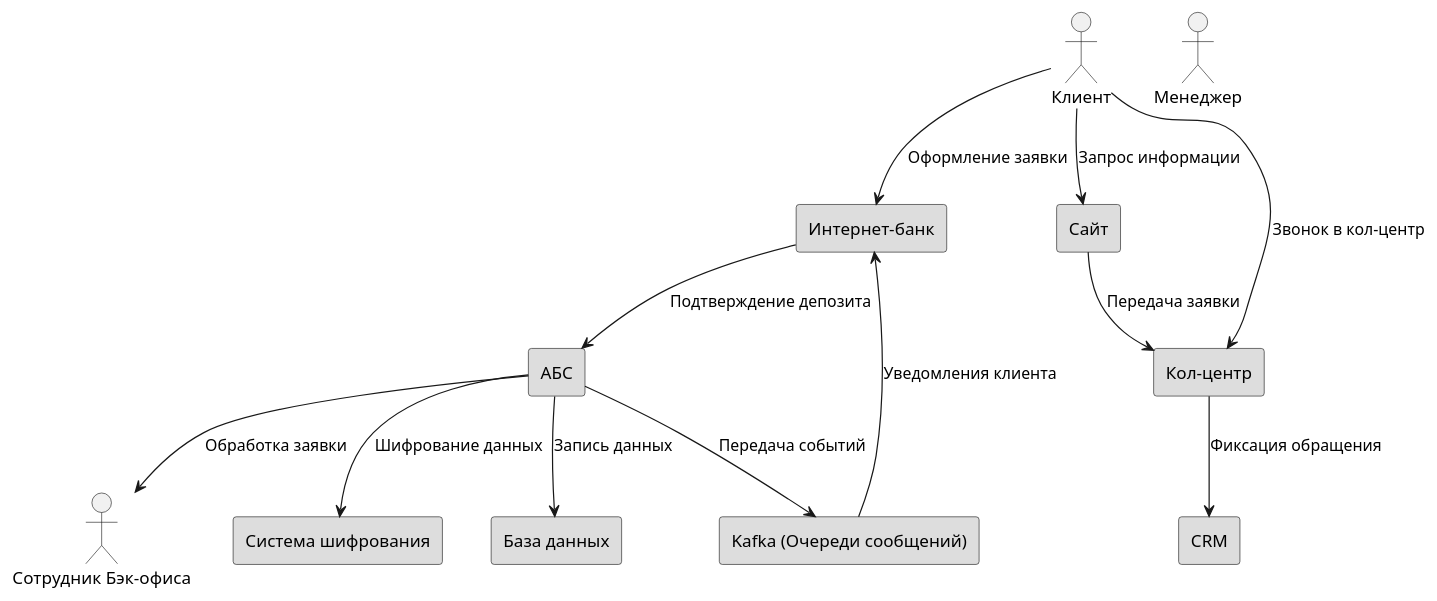
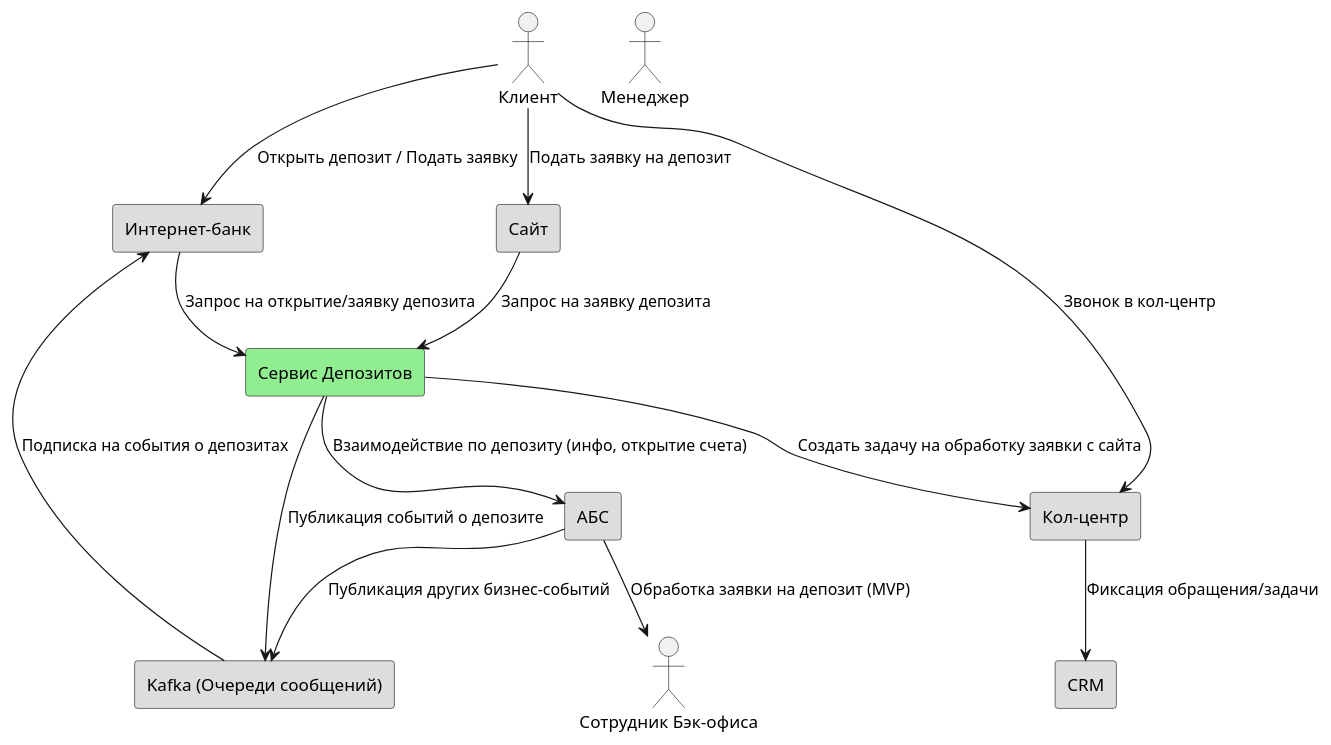
One commit to No1sonGit/architecture-standart changed the diagram in Exc3/с4.puml. Above: the diagram before and after it, drawn with PlantUML. The commit also changed 4 other files, not shown here.

```diff
--- a/Exc3/с4.puml
+++ b/Exc3/с4.puml
@@ -1,30 +1,32 @@
 @startuml
 
-actor Клиент
-actor Менеджер
+actor Клиент as Client
+actor Менеджер as Manager
 actor "Сотрудник Бэк-офиса" as BackOfficeEmployee
 
 rectangle "Интернет-банк" as InternetBank #DDDDDD
 rectangle "Сайт" as Website #DDDDDD
 rectangle "Кол-центр" as ContactCenter #DDDDDD
 rectangle "АБС" as CoreBanking #DDDDDD
 rectangle "CRM" as CRM #DDDDDD
-rectangle "Система шифрования" as Encryption #DDDDDD
-rectangle "База данных" as Database #DDDDDD
 rectangle "Kafka (Очереди сообщений)" as Messaging #DDDDDD
+rectangle "Сервис Депозитов" as DepositService #lightgreen
 
-Клиент --> InternetBank : Оформление заявки
-Клиент --> Website : Запрос информации
-Клиент --> ContactCenter : Звонок в кол-центр
+Client --> InternetBank : Открыть депозит / Подать заявку
+Client --> Website : Подать заявку на депозит
+Client --> ContactCenter : Звонок в кол-центр
 
-InternetBank --> CoreBanking : Подтверждение депозита
-Website --> ContactCenter : Передача заявки
-ContactCenter --> CRM : Фиксация обращения
-CoreBanking --> BackOfficeEmployee : Обработка заявки
-CoreBanking --> Database : Запись данных
-CoreBanking --> Messaging : Передача событий
-Messaging --> InternetBank : Уведомления клиента
+InternetBank --> DepositService : Запрос на открытие/заявку депозита
+Website --> DepositService : Запрос на заявку депозита
 
-CoreBanking --> Encryption : Шифрование данных
+DepositService --> CoreBanking : Взаимодействие по депозиту (инфо, открытие счета)
+DepositService --> Messaging : Публикация событий о депозите
+DepositService --> ContactCenter : Создать задачу на обработку заявки с сайта
+
+ContactCenter --> CRM : Фиксация обращения/задачи
+CoreBanking --> BackOfficeEmployee : Обработка заявки на депозит (MVP)
+
+Messaging --> InternetBank : Подписка на события о депозитах
+CoreBanking --> Messaging : Публикация других бизнес-событий
 
 @enduml
```
